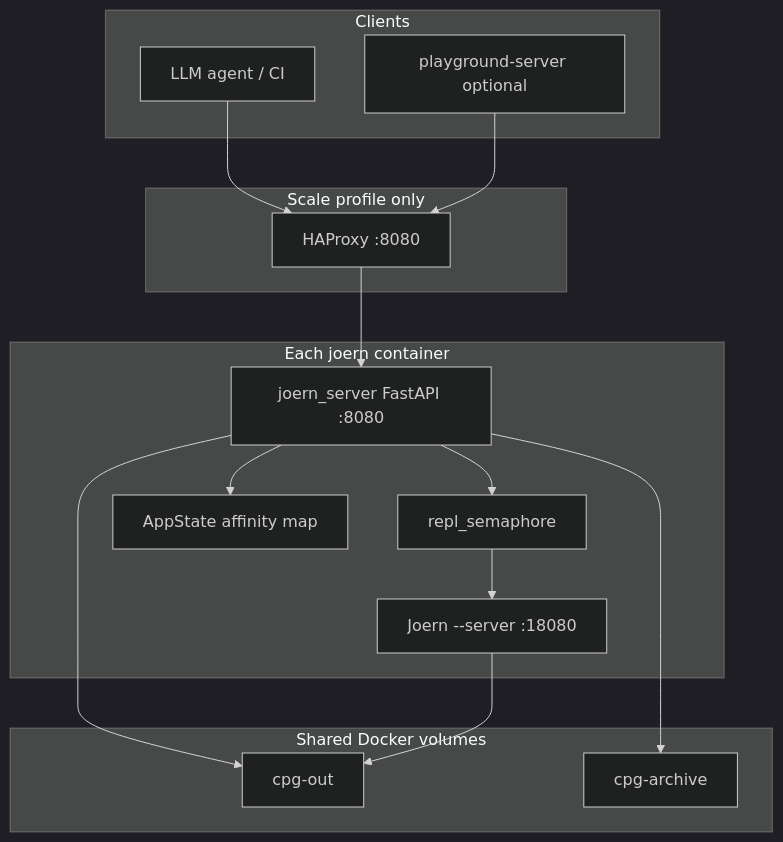
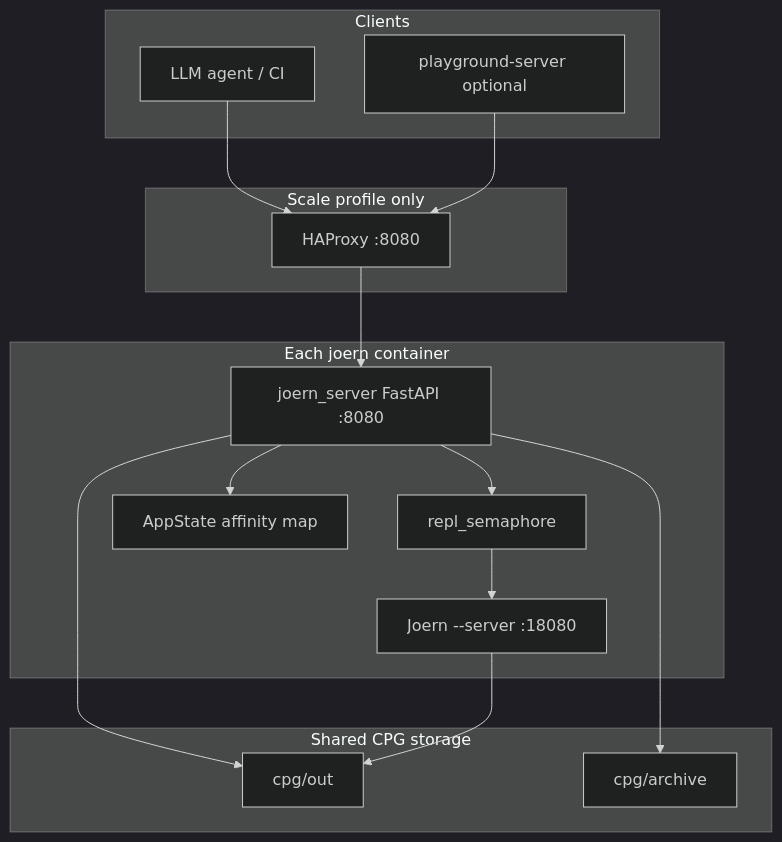
The first of 3 diagrams in docs/ARCHITECTURE.md (nmd2k/joern-server), drawn with Mermaid (dark theme) before and after one commit. The commit also changed other lines of this file and 6 other files, not shown here.

First line of the commit message:
Update docs for file/repo parsing flows and CPG_BASE_DIR storage paths.

````diff
--- a/docs/ARCHITECTURE.md
+++ b/docs/ARCHITECTURE.md
@@ -9,32 +9,32 @@
 ```mermaid
 flowchart TB
   subgraph clients [Clients]
     Agent[LLM agent / CI]
     PG[playground-server optional]
   end
 
   subgraph edge [Scale profile only]
     HA[HAProxy :8080]
   end
 
   subgraph container [Each joern container]
     API[joern_server FastAPI :8080]
     Sem[repl_semaphore]
     Joern[Joern --server :18080]
     Affinity[AppState affinity map]
     API --> Sem --> Joern
     API --> Affinity
   end
 
-  subgraph volumes [Shared Docker volumes]
-    Out[cpg-out]
-    Arc[cpg-archive]
+  subgraph volumes [Shared CPG storage]
+    Out[cpg/out]
+    Arc[cpg/archive]
   end
 
   Agent --> HA
   PG --> HA
   HA --> API
   API --> Out
   API --> Arc
   Joern --> Out
 ```
````
